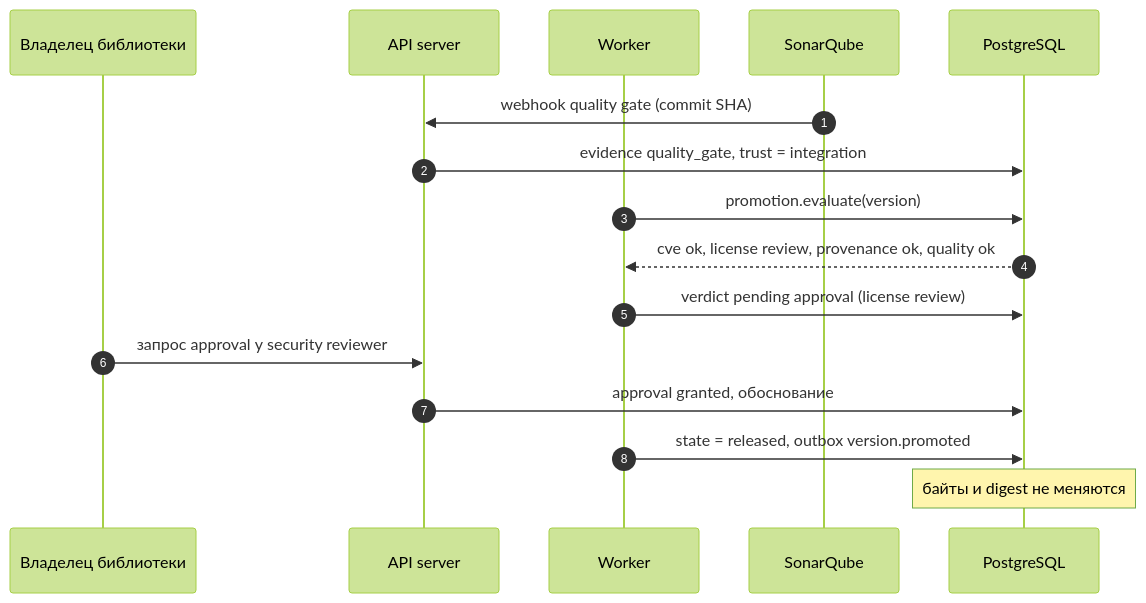
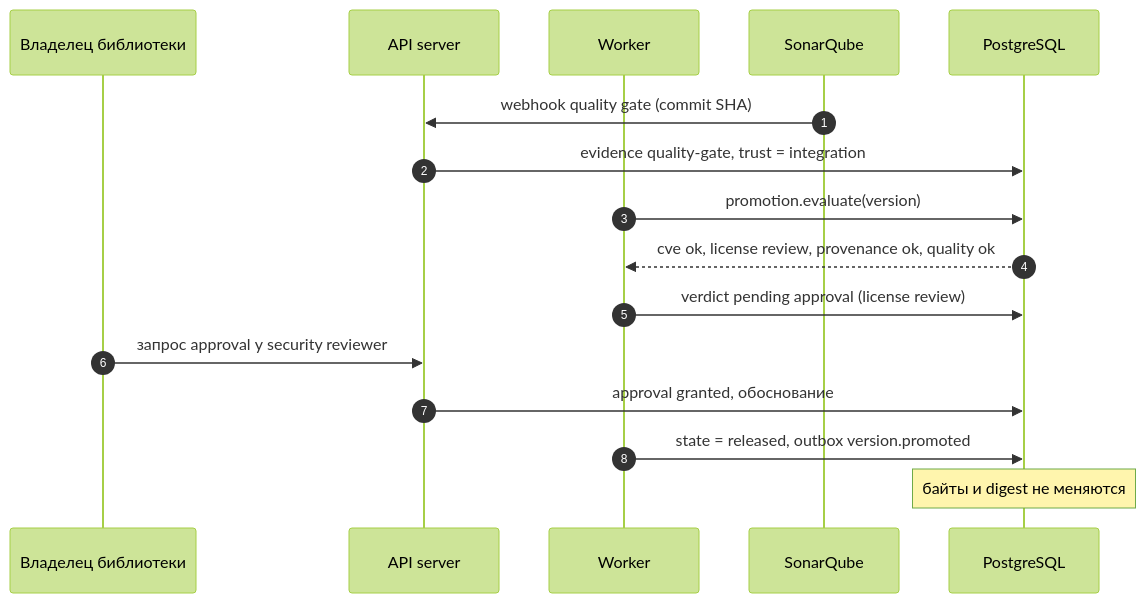
Before and after one commit to izevg/CRANE: the fifth of 7 diagrams in docs/product/12-sequence-diagrams.md, drawn with Mermaid (forest theme). The commit also changed 12 other files, not shown here.

````diff
--- a/docs/product/12-sequence-diagrams.md
+++ b/docs/product/12-sequence-diagrams.md
@@ -113,18 +113,18 @@
 ```mermaid
 sequenceDiagram
   autonumber
   participant O as Владелец библиотеки
   participant A as API server
   participant W as Worker
   participant SQ as SonarQube
   participant P as PostgreSQL
   SQ->>A: webhook quality gate (commit SHA)
-  A->>P: evidence quality_gate, trust = integration
+  A->>P: evidence quality-gate, trust = integration
   W->>P: promotion.evaluate(version)
   P-->>W: cve ok, license review, provenance ok, quality ok
   W->>P: verdict pending approval (license review)
   O->>A: запрос approval у security reviewer
   A->>P: approval granted, обоснование
   W->>P: state = released, outbox version.promoted
   Note over P: байты и digest не меняются
 ```
````
